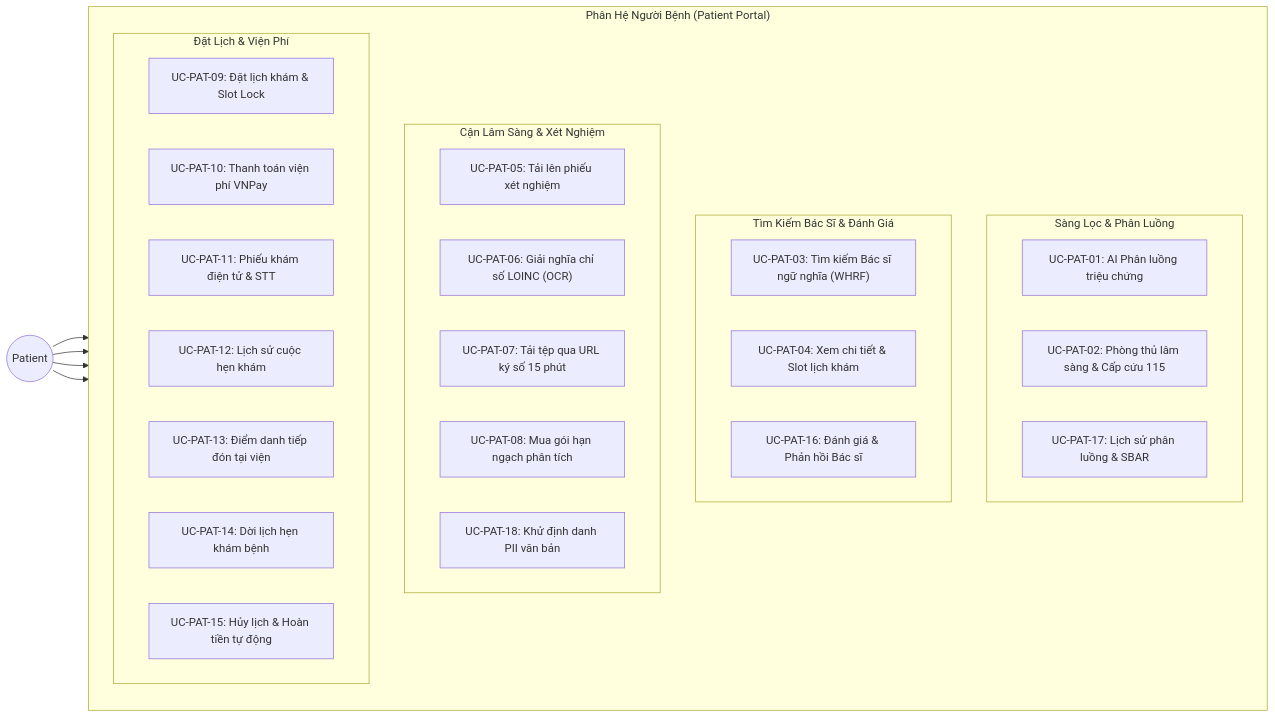
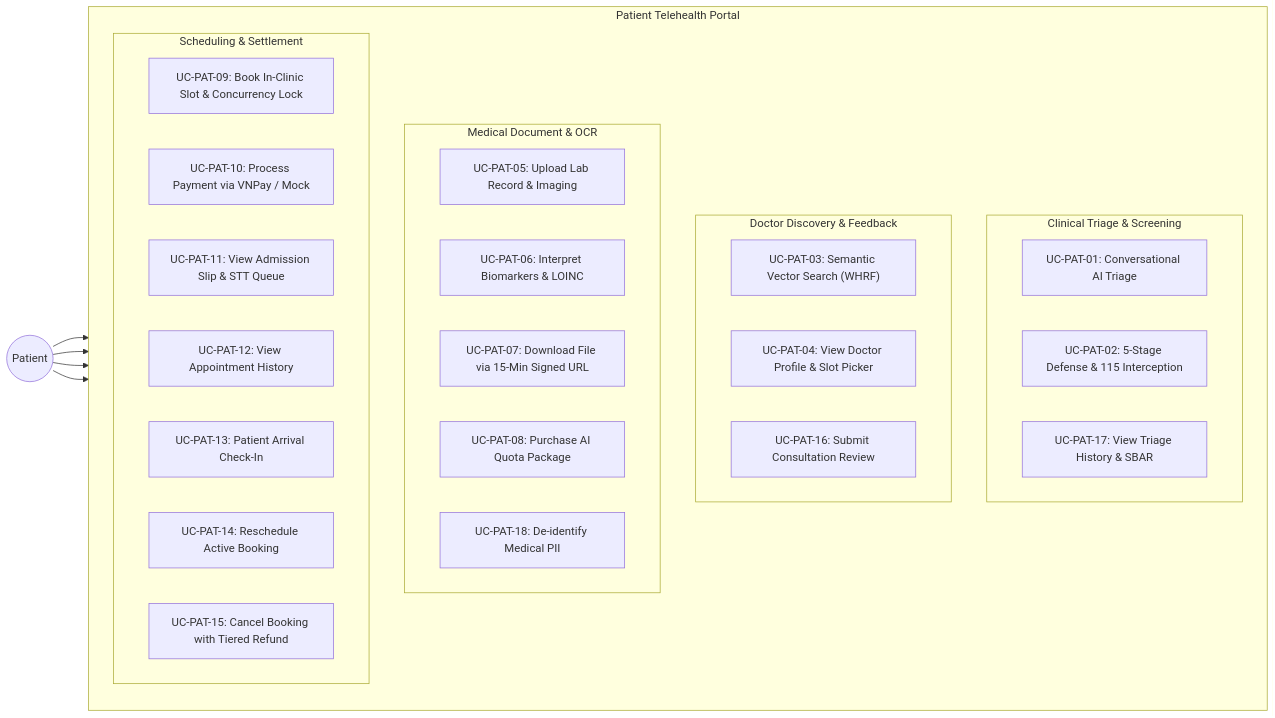
One commit to vinhhotff/KLTN-medical-assistant changed the fourth of 8 diagrams in docs/SRS_MediAssist_AI.md. Above: the diagram before and after it, drawn with Mermaid. The commit also changed other lines of this file and 1 other file, not shown here.

First line of the commit message:
refactor(srs): translate all 5 modular use case diagrams into 100% English

````diff
--- a/docs/SRS_MediAssist_AI.md
+++ b/docs/SRS_MediAssist_AI.md
@@ -318,39 +318,39 @@
 ```mermaid
 flowchart LR
     P(("Patient"))
 
-    subgraph PatientDomain["Phân Hệ Người Bệnh (Patient Portal)"]
+    subgraph PatientDomain["Patient Telehealth Portal"]
         direction TB
-        subgraph TriageGroup["Sàng Lọc & Phân Luồng"]
-            UC_PAT01["UC-PAT-01: AI Phân luồng triệu chứng"]
-            UC_PAT02["UC-PAT-02: Phòng thủ lâm sàng & Cấp cứu 115"]
-            UC_PAT17["UC-PAT-17: Lịch sử phân luồng & SBAR"]
+        subgraph TriageGroup["Clinical Triage & Screening"]
+            UC_PAT01["UC-PAT-01: Conversational AI Triage"]
+            UC_PAT02["UC-PAT-02: 5-Stage Defense & 115 Interception"]
+            UC_PAT17["UC-PAT-17: View Triage History & SBAR"]
         end
-        subgraph SearchGroup["Tìm Kiếm Bác Sĩ & Đánh Giá"]
-            UC_PAT03["UC-PAT-03: Tìm kiếm Bác sĩ ngữ nghĩa (WHRF)"]
-            UC_PAT04["UC-PAT-04: Xem chi tiết & Slot lịch khám"]
-            UC_PAT16["UC-PAT-16: Đánh giá & Phản hồi Bác sĩ"]
+        subgraph SearchGroup["Doctor Discovery & Feedback"]
+            UC_PAT03["UC-PAT-03: Semantic Vector Search (WHRF)"]
+            UC_PAT04["UC-PAT-04: View Doctor Profile & Slot Picker"]
+            UC_PAT16["UC-PAT-16: Submit Consultation Review"]
         end
-        subgraph DocGroup["Cận Lâm Sàng & Xét Nghiệm"]
-            UC_PAT05["UC-PAT-05: Tải lên phiếu xét nghiệm"]
-            UC_PAT06["UC-PAT-06: Giải nghĩa chỉ số LOINC (OCR)"]
-            UC_PAT07["UC-PAT-07: Tải tệp qua URL ký số 15 phút"]
-            UC_PAT08["UC-PAT-08: Mua gói hạn ngạch phân tích"]
-            UC_PAT18["UC-PAT-18: Khử định danh PII văn bản"]
+        subgraph DocGroup["Medical Document & OCR"]
+            UC_PAT05["UC-PAT-05: Upload Lab Record & Imaging"]
+            UC_PAT06["UC-PAT-06: Interpret Biomarkers & LOINC"]
+            UC_PAT07["UC-PAT-07: Download File via 15-Min Signed URL"]
+            UC_PAT08["UC-PAT-08: Purchase AI Quota Package"]
+            UC_PAT18["UC-PAT-18: De-identify Medical PII"]
         end
-        subgraph BookingGroup["Đặt Lịch & Viện Phí"]
-            UC_PAT09["UC-PAT-09: Đặt lịch khám & Slot Lock"]
-            UC_PAT10["UC-PAT-10: Thanh toán viện phí VNPay"]
-            UC_PAT11["UC-PAT-11: Phiếu khám điện tử & STT"]
-            UC_PAT12["UC-PAT-12: Lịch sử cuộc hẹn khám"]
-            UC_PAT13["UC-PAT-13: Điểm danh tiếp đón tại viện"]
-            UC_PAT14["UC-PAT-14: Dời lịch hẹn khám bệnh"]
-            UC_PAT15["UC-PAT-15: Hủy lịch & Hoàn tiền tự động"]
+        subgraph BookingGroup["Scheduling & Settlement"]
+            UC_PAT09["UC-PAT-09: Book In-Clinic Slot & Concurrency Lock"]
+            UC_PAT10["UC-PAT-10: Process Payment via VNPay / Mock"]
+            UC_PAT11["UC-PAT-11: View Admission Slip & STT Queue"]
+            UC_PAT12["UC-PAT-12: View Appointment History"]
+            UC_PAT13["UC-PAT-13: Patient Arrival Check-In"]
+            UC_PAT14["UC-PAT-14: Reschedule Active Booking"]
+            UC_PAT15["UC-PAT-15: Cancel Booking with Tiered Refund"]
         end
     end
 
     P --> TriageGroup
     P --> SearchGroup
     P --> DocGroup
     P --> BookingGroup
 ```
````
